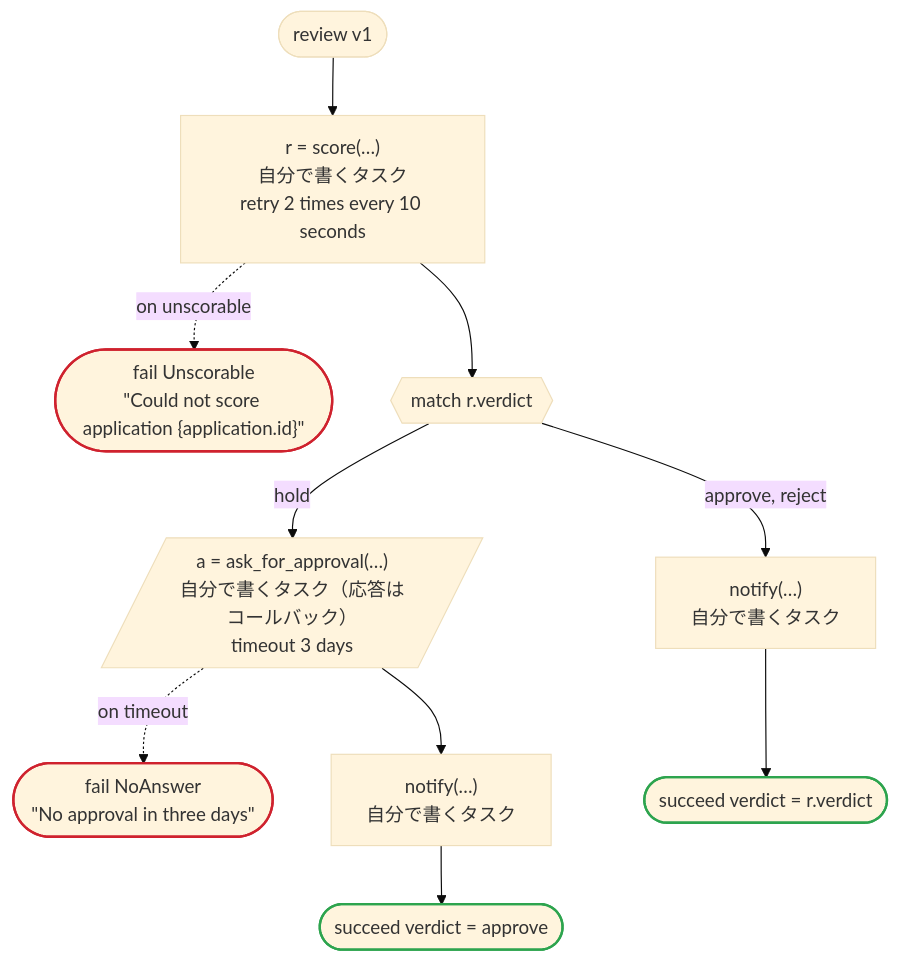
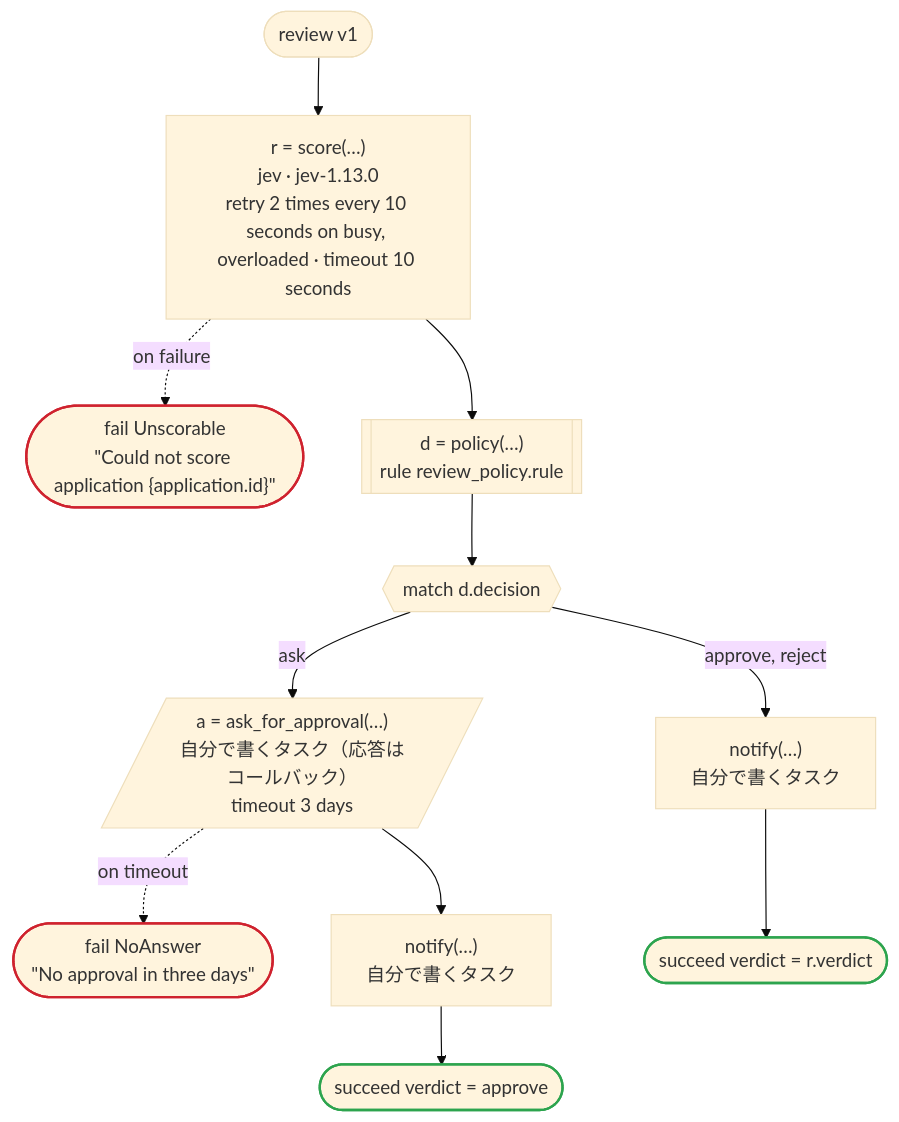
One commit to i2y/ritsu changed the diagram in crates/dandori/tests/doc/examples-review-temporal-review.ja.md. Above: the diagram before and after it, drawn with Mermaid (base theme). The commit also changed other lines of this file and 143 other files, not shown here.

First line of the commit message:
feat: let a task ask TypeSafe's Jev

````diff
--- a/crates/dandori/tests/doc/examples-review-temporal-review.ja.md
+++ b/crates/dandori/tests/doc/examples-review-temporal-review.ja.md
@@ -9,26 +9,28 @@
 ```mermaid
 flowchart TD
     start(["review v1"])
-    s1["r = score(…)<br>自分で書くタスク<br>retry 2 times every 10 seconds"]
+    s1["r = score(…)<br>jev · jev-1.13.0<br>retry 2 times every 10 seconds on busy, overloaded · timeout 10 seconds"]
     s2(["fail Unscorable<br>#quot;Could not score application {application.id}#quot;"])
-    s3{{"match r.verdict"}}
-    s5[/"a = ask_for_approval(…)<br>自分で書くタスク（応答はコールバック）<br>timeout 3 days"/]
-    s6(["fail NoAnswer<br>#quot;No approval in three days#quot;"])
-    s7["notify(…)<br>自分で書くタスク"]
-    s8(["succeed verdict = approve"])
-    s9["notify(…)<br>自分で書くタスク"]
-    s10(["succeed verdict = r.verdict"])
+    s3[["d = policy(…)<br>rule review_policy.rule"]]
+    s4{{"match d.decision"}}
+    s6[/"a = ask_for_approval(…)<br>自分で書くタスク（応答はコールバック）<br>timeout 3 days"/]
+    s7(["fail NoAnswer<br>#quot;No approval in three days#quot;"])
+    s8["notify(…)<br>自分で書くタスク"]
+    s9(["succeed verdict = approve"])
+    s10["notify(…)<br>自分で書くタスク"]
+    s11(["succeed verdict = r.verdict"])
     start --> s1
-    s1 -.->|"on unscorable"| s2
+    s1 -.->|"on failure"| s2
     s1 --> s3
-    s3 -->|"hold"| s5
-    s5 -.->|"on timeout"| s6
-    s5 --> s7
-    s7 --> s8
-    s3 -->|"approve, reject"| s9
-    s9 --> s10
+    s3 --> s4
+    s4 -->|"ask"| s6
+    s6 -.->|"on timeout"| s7
+    s6 --> s8
+    s8 --> s9
+    s4 -->|"approve, reject"| s10
+    s10 --> s11
     classDef ok stroke:#2da44e,stroke-width:2px
     classDef bad stroke:#cf222e,stroke-width:2px
-    class s8,s10 ok
-    class s2,s6 bad
+    class s9,s11 ok
+    class s2,s7 bad
 ```
````
